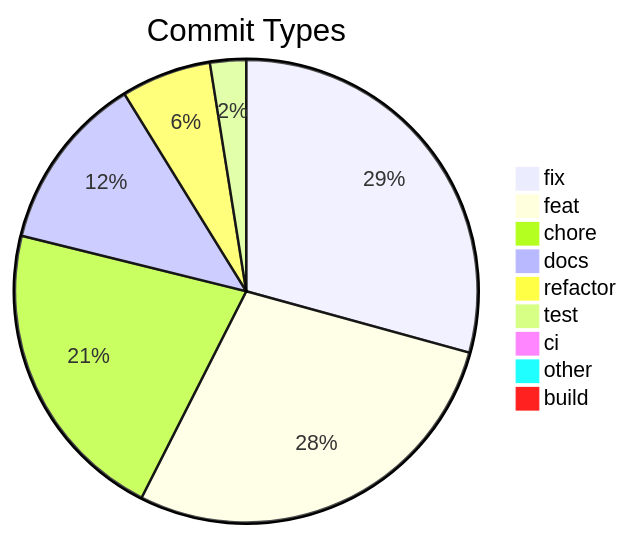
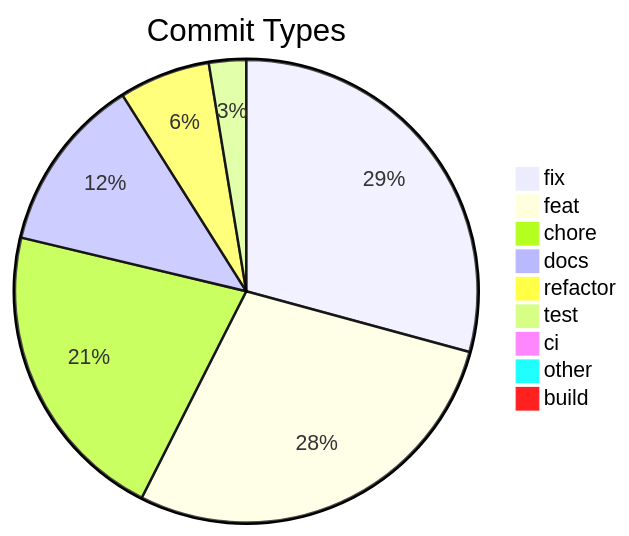
One commit to svenroth-ai/shipwright changed the diagram in .shipwright/compliance/change-history.md. Above: the diagram before and after it, drawn with Mermaid. The commit also changed other lines of this file and 30 other files, not shown here.

````diff
--- a/.shipwright/compliance/change-history.md
+++ b/.shipwright/compliance/change-history.md
@@ -9,12 +9,12 @@
 ```mermaid
 pie title Commit Types
     "fix" : 349
-    "feat" : 336
-    "chore" : 255
+    "feat" : 337
+    "chore" : 254
     "docs" : 147
-    "refactor" : 75
-    "test" : 30
+    "refactor" : 76
+    "test" : 31
     "ci" : 11
     "other" : 9
     "build" : 1
 ```
````
